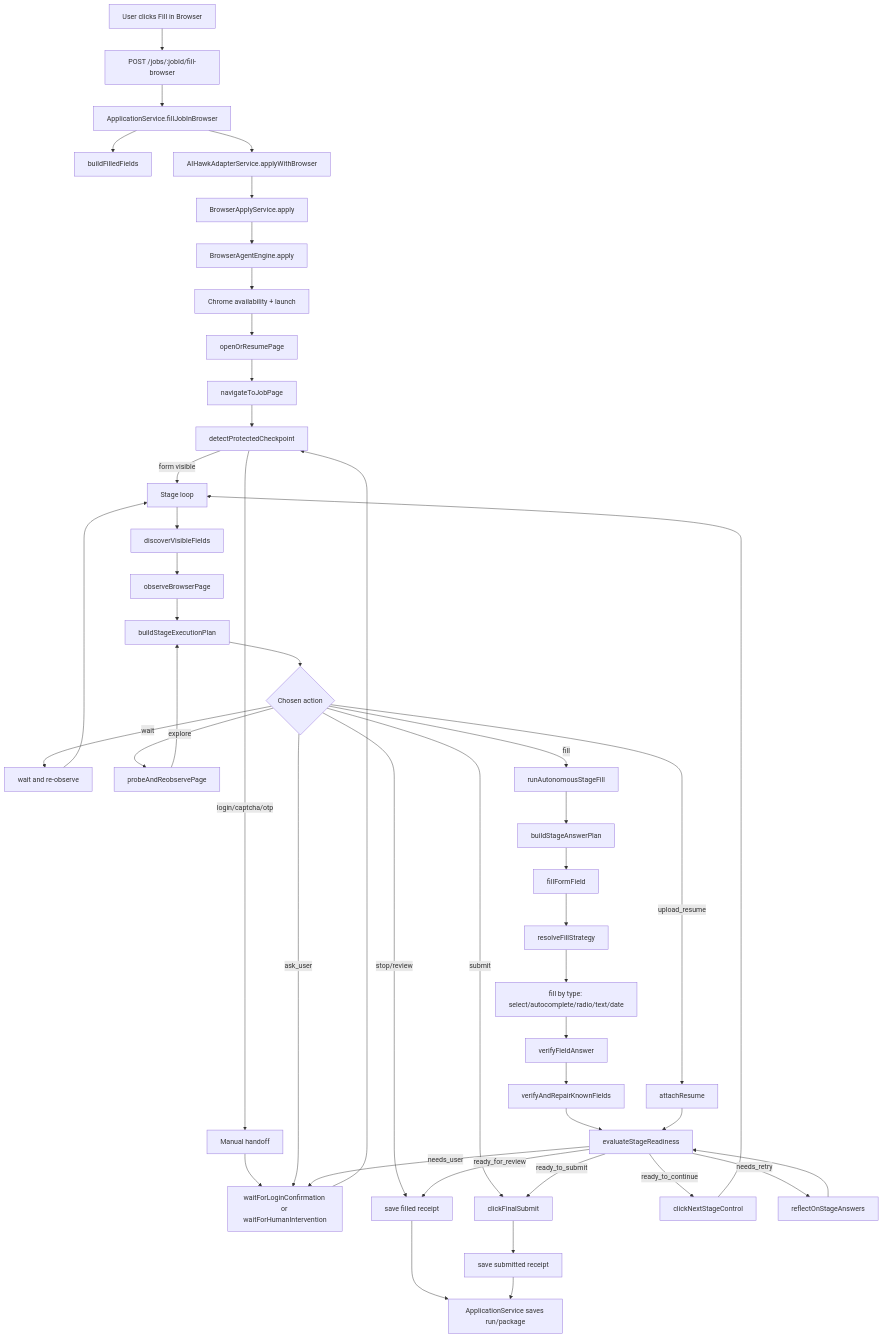
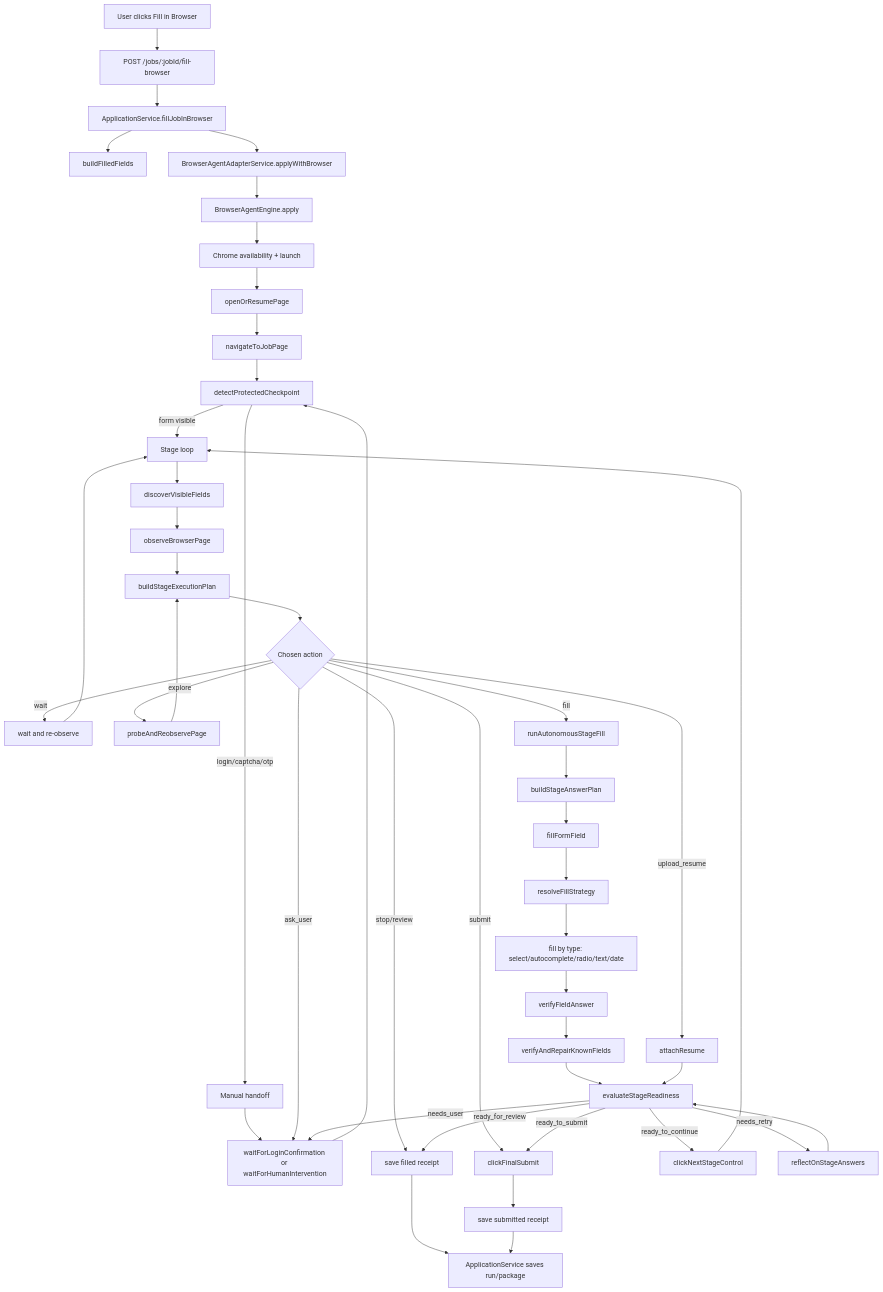
One commit to jayorc/Grad_Launch changed the first of 4 diagrams in docs/codeflow.md. Above: the diagram before and after it, drawn with Mermaid. The commit also changed other lines of this file and 5790 other files, not shown here.

````diff
--- a/docs/codeflow.md
+++ b/docs/codeflow.md
@@ -11,53 +11,52 @@
 ```mermaid
 flowchart TD
   A[User clicks Fill in Browser] --> B[POST /jobs/:jobId/fill-browser]
   B --> C[ApplicationService.fillJobInBrowser]
   C --> D[buildFilledFields]
-  C --> E[AIHawkAdapterService.applyWithBrowser]
-  E --> F[BrowserApplyService.apply]
-  F --> G[BrowserAgentEngine.apply]
+  C --> E[BrowserAgentAdapterService.applyWithBrowser]
+  E --> G[BrowserAgentEngine.apply]
 
   G --> H[Chrome availability + launch]
   H --> I[openOrResumePage]
   I --> J[navigateToJobPage]
   J --> K[detectProtectedCheckpoint]
 
   K -->|login/captcha/otp| L[Manual handoff]
   L --> M[waitForLoginConfirmation or waitForHumanIntervention]
   M --> K
 
   K -->|form visible| N[Stage loop]
   N --> O[discoverVisibleFields]
   O --> P[observeBrowserPage]
   P --> Q[buildStageExecutionPlan]
   Q --> R{Chosen action}
 
   R -->|wait| S[wait and re-observe]
   R -->|explore| T[probeAndReobservePage]
   R -->|upload_resume| U[attachResume]
   R -->|fill| V[runAutonomousStageFill]
   R -->|ask_user| M
   R -->|stop/review| W[save filled receipt]
   R -->|submit| X[clickFinalSubmit]
 
   V --> Y[buildStageAnswerPlan]
   Y --> Z[fillFormField]
   Z --> AA[resolveFillStrategy]
   AA --> AB[fill by type: select/autocomplete/radio/text/date]
   AB --> AC[verifyFieldAnswer]
   AC --> AD[verifyAndRepairKnownFields]
   AD --> AE[evaluateStageReadiness]
   U --> AE
   T --> Q
   S --> N
   AE -->|ready_to_continue| AF[clickNextStageControl]
   AE -->|needs_retry| AG[reflectOnStageAnswers]
   AG --> AE
   AE -->|needs_user| M
   AE -->|ready_for_review| W
   AE -->|ready_to_submit| X
   AF --> N
   X --> AH[save submitted receipt]
   W --> AI[ApplicationService saves run/package]
   AH --> AI
 ```
````
